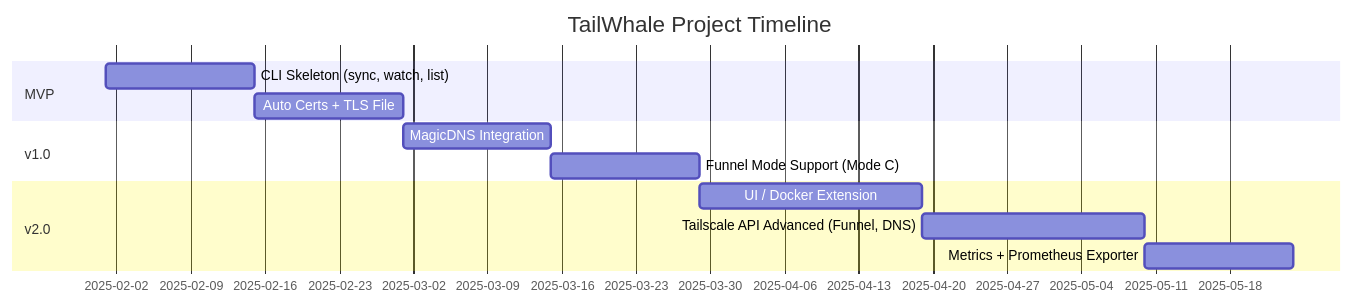
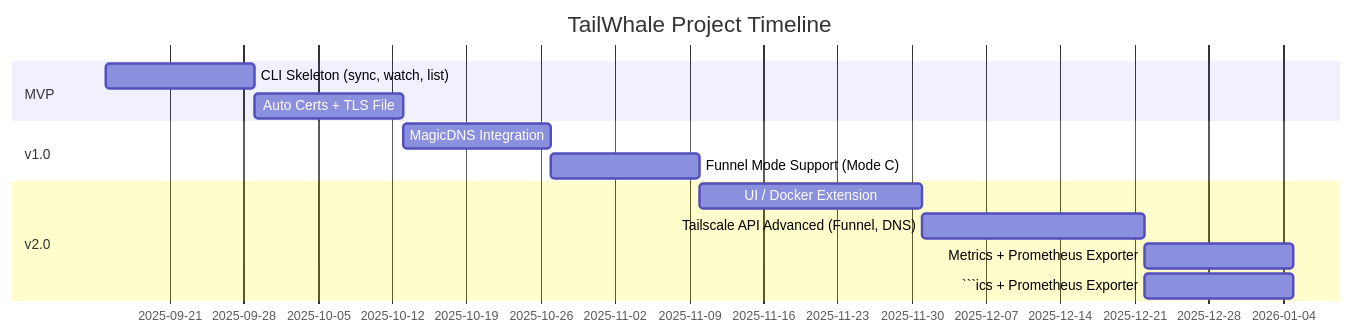
The diagram in README.md (frnwtr/tailwhale), drawn with Mermaid before and after one commit. The commit also changed other lines of this file, not shown here.

````diff
--- a/README.md
+++ b/README.md
@@ -115,15 +115,16 @@
 ```mermaid
 gantt
     title TailWhale Project Timeline
     dateFormat  YYYY-MM-DD
     section MVP
-    CLI Skeleton (sync, watch, list)       :a1, 2025-02-01, 14d
+    CLI Skeleton (sync, watch, list)       :a1, 2025-09-15, 14d
     Auto Certs + TLS File                  :a2, after a1, 14d
     section v1.0
     MagicDNS Integration                   :b1, after a2, 14d
     Funnel Mode Support (Mode C)           :b2, after b1, 14d
     section v2.0
     UI / Docker Extension                  :c1, after b2, 21d
     Tailscale API Advanced (Funnel, DNS)   :c2, after c1, 21d
     Metrics + Prometheus Exporter          :c3, after c2, 14d
+```ics + Prometheus Exporter          :c3, after c2, 14d
 ```
````
